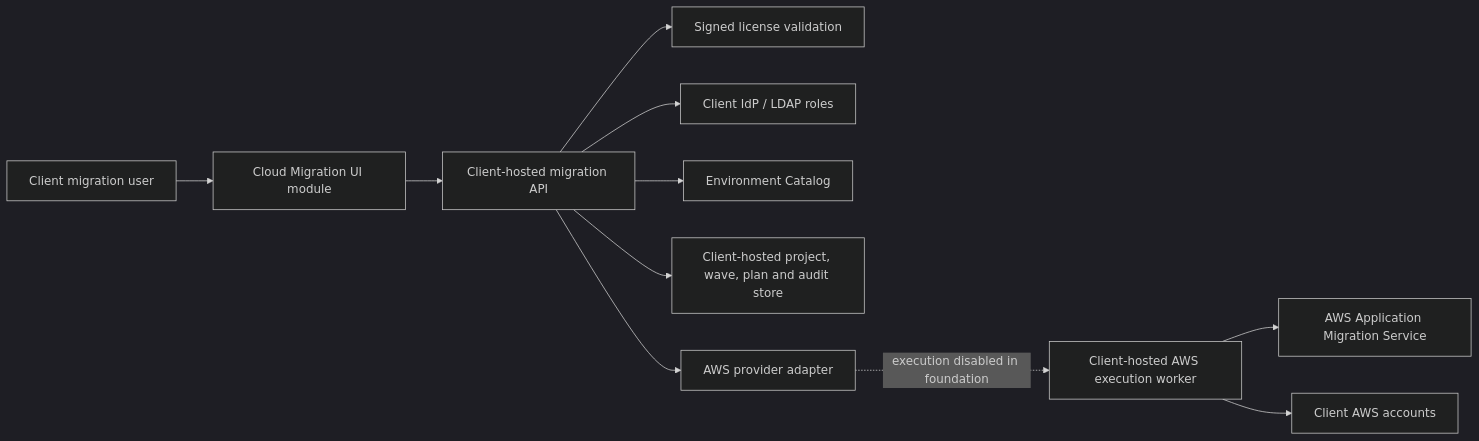
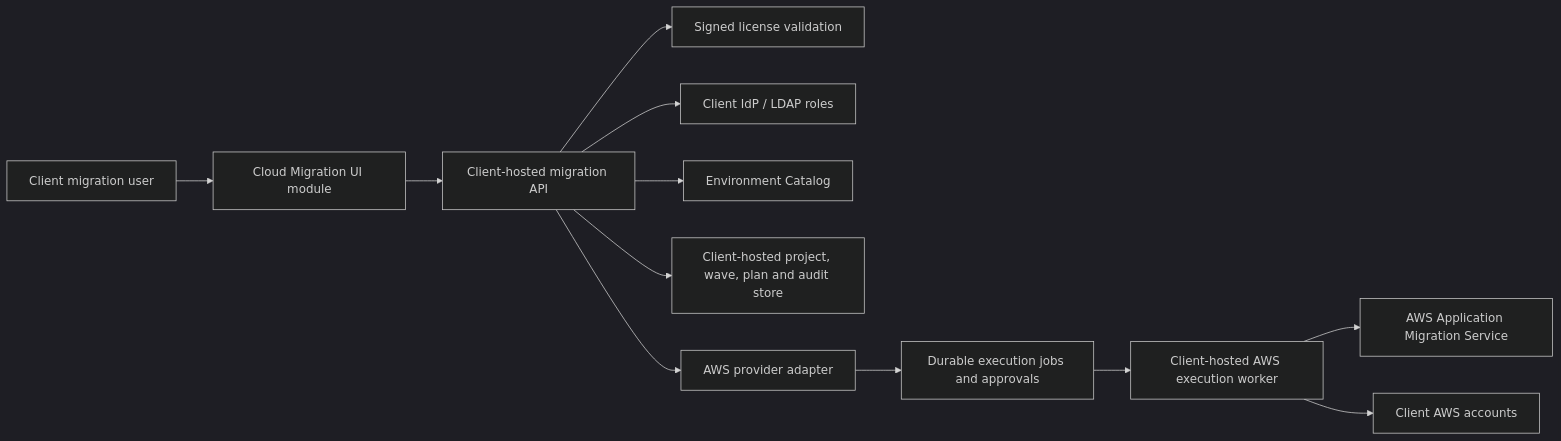
The diagram in docs/cloud-migration-enterprise-aws.md (ankur1825/Self-Service-CICD-Pipeline-backend), drawn with Mermaid (dark theme) before and after one commit. The commit also changed other lines of this file and 21 other files, not shown here.

Commit message:
feat(cloud-migration): add client-hosted AWS execution worker

````diff
--- a/docs/cloud-migration-enterprise-aws.md
+++ b/docs/cloud-migration-enterprise-aws.md
@@ -29,13 +29,14 @@
 ```mermaid
 flowchart LR
     User["Client migration user"] --> UI["Cloud Migration UI module"]
     UI --> API["Client-hosted migration API"]
     API --> License["Signed license validation"]
     API --> RBAC["Client IdP / LDAP roles"]
     API --> Catalog["Environment Catalog"]
     API --> DB["Client-hosted project, wave, plan and audit store"]
     API --> Adapter["AWS provider adapter"]
-    Adapter -. execution disabled in foundation .-> Worker["Client-hosted AWS execution worker"]
+    Adapter --> Queue["Durable execution jobs and approvals"]
+    Queue --> Worker["Client-hosted AWS execution worker"]
     Worker --> MGN["AWS Application Migration Service"]
     Worker --> AWS["Client AWS accounts"]
 ```
````
